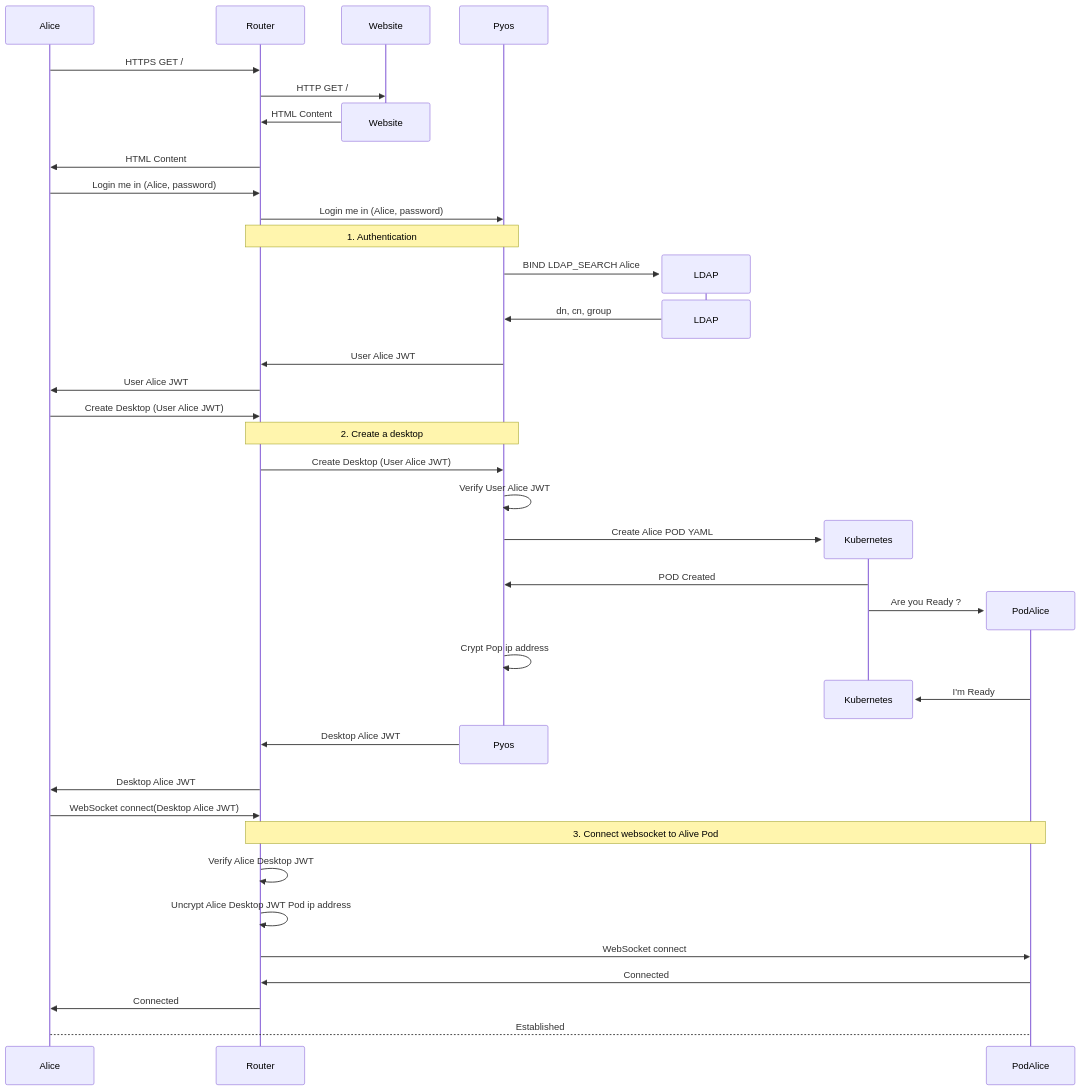
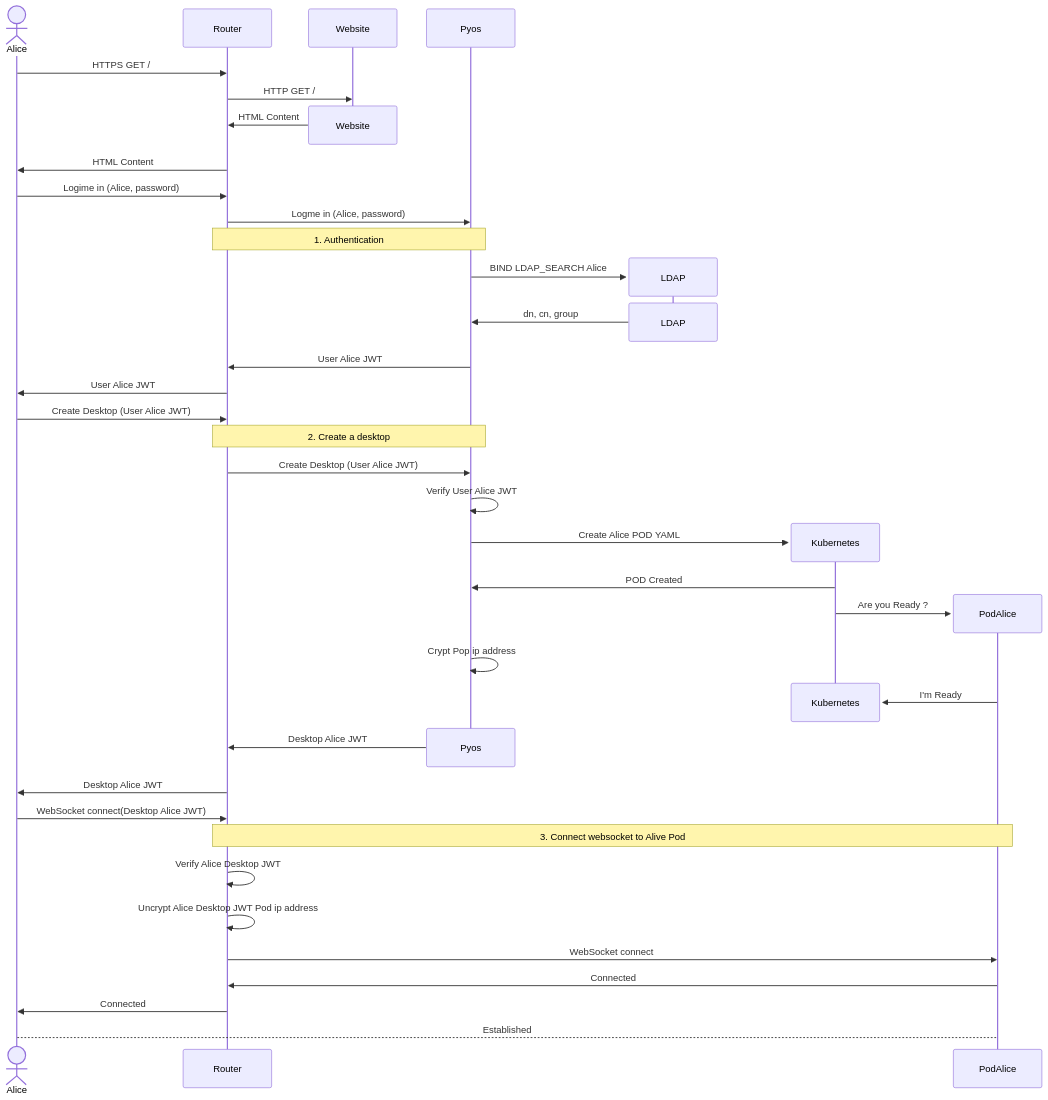
One commit to abcdesktopio/docs changed the diagram in opsdocs/docs/architecture.md. Above: the diagram before and after it, drawn with Mermaid.

````diff
--- a/opsdocs/docs/architecture.md
+++ b/opsdocs/docs/architecture.md
@@ -6,40 +6,41 @@
 ``` mermaid
 sequenceDiagram
+    actor Alice
     Alice->>Router: HTTPS GET /
     Router->>Website: HTTP GET /
     destroy Website
     Website->>Router: HTML Content
     Router->>Alice: HTML Content
-    Alice->>Router: Login me in (Alice, password)
-    Router->>Pyos: Login me in (Alice, password)
+    Alice->>Router: Logime in (Alice, password)
+    Router->>Pyos: Logme in (Alice, password)
     Note over Router,Pyos: 1. Authentication
     Create participant LDAP
     Pyos->>LDAP: BIND LDAP_SEARCH Alice
     destroy LDAP
     LDAP->>Pyos: dn, cn, group
     Pyos->>Router: User Alice JWT
     Router->>Alice: User Alice JWT
     Alice->>Router: Create Desktop (User Alice JWT)
     Note over Router,Pyos: 2. Create a desktop
     Router->>Pyos: Create Desktop (User Alice JWT)
     Pyos->>Pyos: Verify User Alice JWT
     Create participant Kubernetes
     Pyos->>Kubernetes: Create Alice POD YAML
     Kubernetes->>Pyos: POD Created
     Create participant PodAlice
     Kubernetes->>PodAlice: Are you Ready ?
     Pyos->>Pyos: Crypt Pop ip address
     destroy Kubernetes
     PodAlice->>Kubernetes: I'm Ready
     destroy Pyos
     Pyos->>Router: Desktop Alice JWT
     Router->>Alice: Desktop Alice JWT
     Alice->>Router: WebSocket connect(Desktop Alice JWT)
     Note over Router,PodAlice: 3. Connect websocket to Alive Pod
     Router->>Router: Verify Alice Desktop JWT
     Router->>Router: Uncrypt Alice Desktop JWT Pod ip address
     Router->>PodAlice: WebSocket connect
     PodAlice->>Router: Connected
     Router->>Alice: Connected
     Alice-->PodAlice: Established
 ```
````
